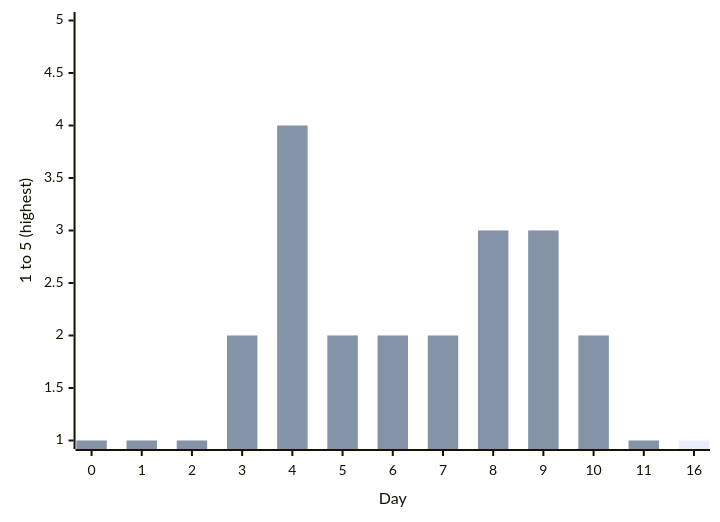
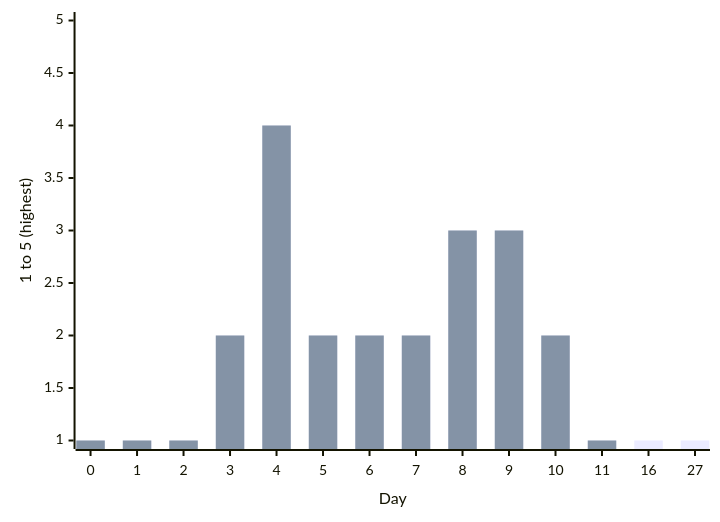
Before and after one commit to phil-m-kopp/phil-m-kopp.github.io: the third of 16 diagrams in docs/articles/posts/personal-development/experience-strict-fasting-8days/experience-strict-fasting-8days.md, drawn with Mermaid. The commit also changed other lines of this file and 7 other files, not shown here.

````diff
--- a/docs/articles/posts/personal-development/experience-strict-fasting-8days/experience-strict-fasting-8days.md
+++ b/docs/articles/posts/personal-development/experience-strict-fasting-8days/experience-strict-fasting-8days.md
@@ -165,8 +173,8 @@
 ``` mermaid
 xychart-beta
-        x-axis "Day" [0, 1, 2, 3, 4, 5, 6, 7, 8, 9, 10, 11, 16]
+        x-axis "Day" [0, 1, 2, 3, 4, 5, 6, 7, 8, 9, 10, 11, 16, 27]
         y-axis "1 to 5 (highest)" 1 --> 5
 
-        bar "Dizzy" [1, 1, 1, 2, 4, 2, 2, 2, 3, 3, 2, 1, 1]
+        bar "Dizzy" [1, 1, 1, 2, 4, 2, 2, 2, 3, 3, 2, 1, 1, 1]
         bar "Dizzy" [1, 1, 1, 2, 4, 2, 2, 2, 3, 3, 2, 1]
 ```
````
